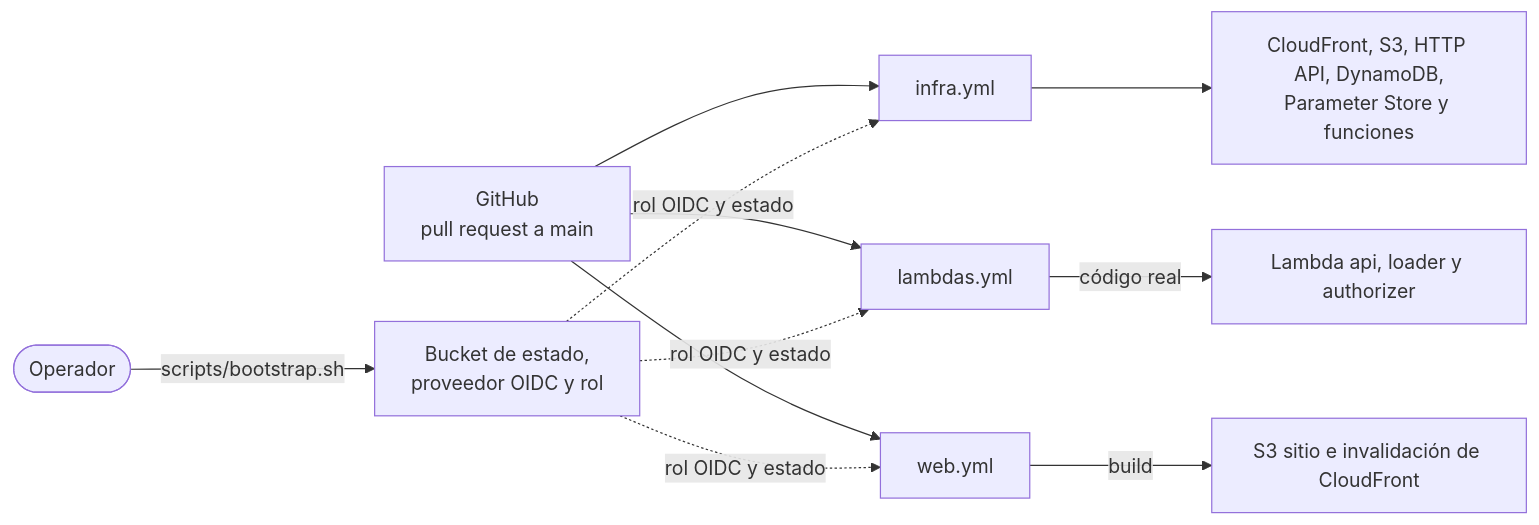
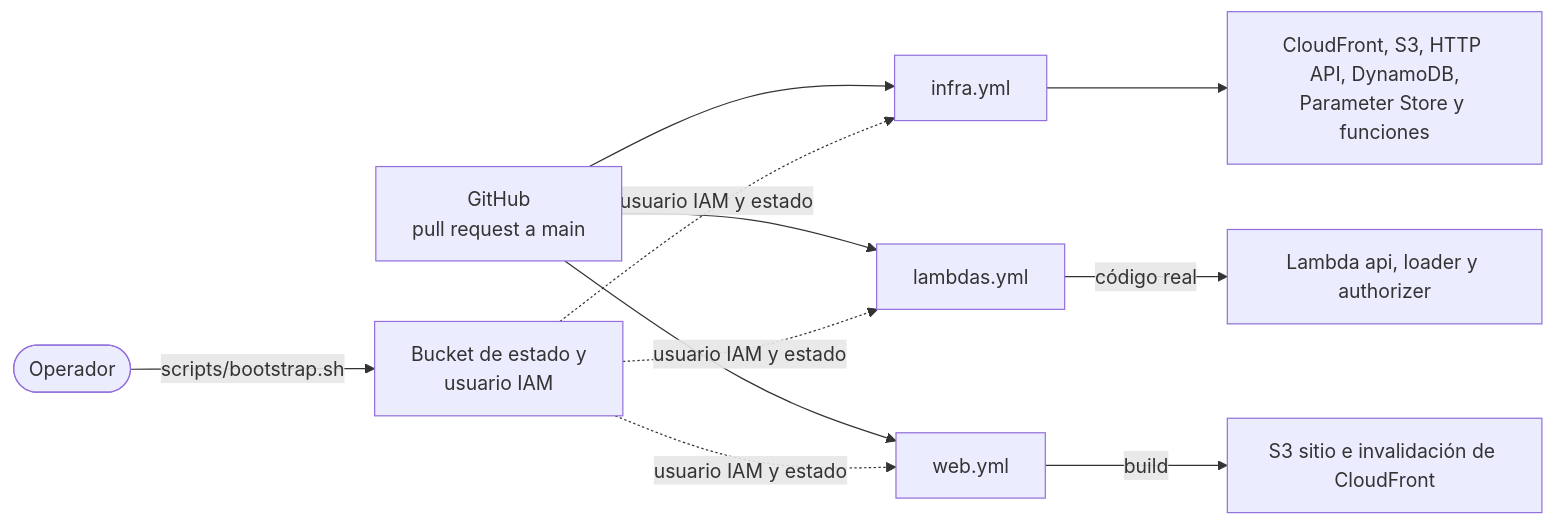
The diagram in docs/detalle/despliegue.md (andresgomezgarcia01/cont-app-soft-u4), drawn with Mermaid before and after one commit. The commit also changed other lines of this file and 8 other files, not shown here.

Commit message:
infra: agrega el bootstrap y la política de despliegue (#1)

````diff
--- a/docs/detalle/despliegue.md
+++ b/docs/detalle/despliegue.md
@@ -41,11 +41,11 @@
 ```mermaid
 flowchart LR
-    dev(["Operador"]) -- "scripts/bootstrap.sh" --> base["Bucket de estado,<br/>proveedor OIDC y rol"]
+    dev(["Operador"]) -- "scripts/bootstrap.sh" --> base["Bucket de estado y<br/>usuario IAM"]
     repo["GitHub<br/>pull request a main"] --> infra["infra.yml"]
     repo --> lambdas["lambdas.yml"]
     repo --> web["web.yml"]
-    base -. "rol OIDC y estado" .-> infra & lambdas & web
+    base -. "usuario IAM y estado" .-> infra & lambdas & web
     infra --> res["CloudFront, S3, HTTP API, DynamoDB,<br/>Parameter Store y funciones"]
     lambdas -- "código real" --> fn["Lambda api, loader y authorizer"]
     web -- "build" --> s3["S3 sitio e invalidación de CloudFront"]
 ```
````
